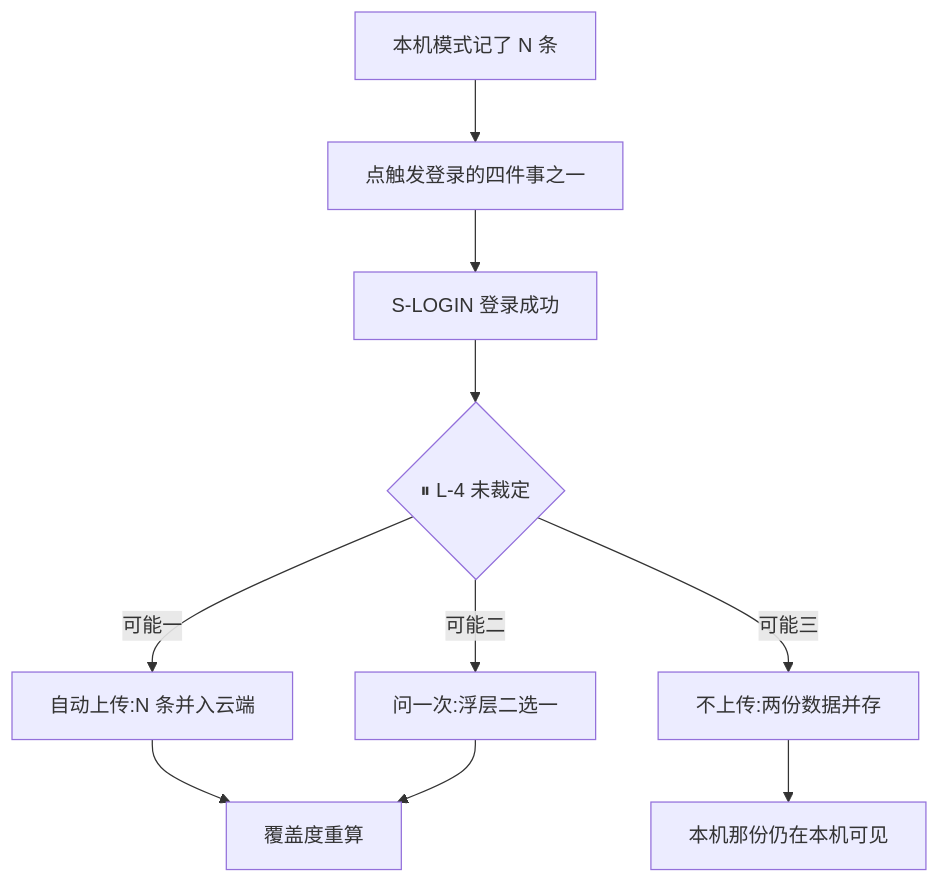
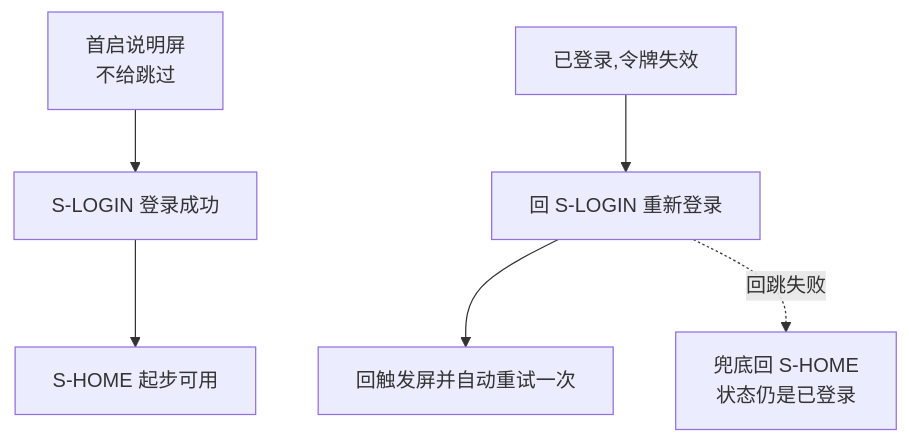
The fifth of 14 diagrams in docs/product/specs/端到端验收用例集.md (chenyuanjin/kubic), drawn with Mermaid before and after one commit. The commit also changed other lines of this file and 15 other files, not shown here.

````diff
--- a/docs/product/specs/端到端验收用例集.md
+++ b/docs/product/specs/端到端验收用例集.md
@@ -287,8 +299,6 @@
 ```mermaid
 flowchart TD
-    A["本机模式记了 N 条"] --> B["点触发登录的四件事之一"] --> C["S-LOGIN 登录成功"]
-    C --> D{"⏸ L-4 未裁定"}
-    D -->|可能一| E["自动上传:N 条并入云端"] --> H["覆盖度重算"]
-    D -->|可能二| F["问一次:浮层二选一"] --> H
-    D -->|可能三| G["不上传:两份数据并存"] --> I["本机那份仍在本机可见"]
+    A["首启说明屏<br/>不给跳过"] --> B["S-LOGIN 登录成功"] --> C["S-HOME 起步可用"]
+    D["已登录,令牌失效"] --> E["回 S-LOGIN 重新登录"] --> F["回触发屏并自动重试一次"]
+    E -.回跳失败.-> G["兜底回 S-HOME<br/>状态仍是已登录"]
 ```
````
